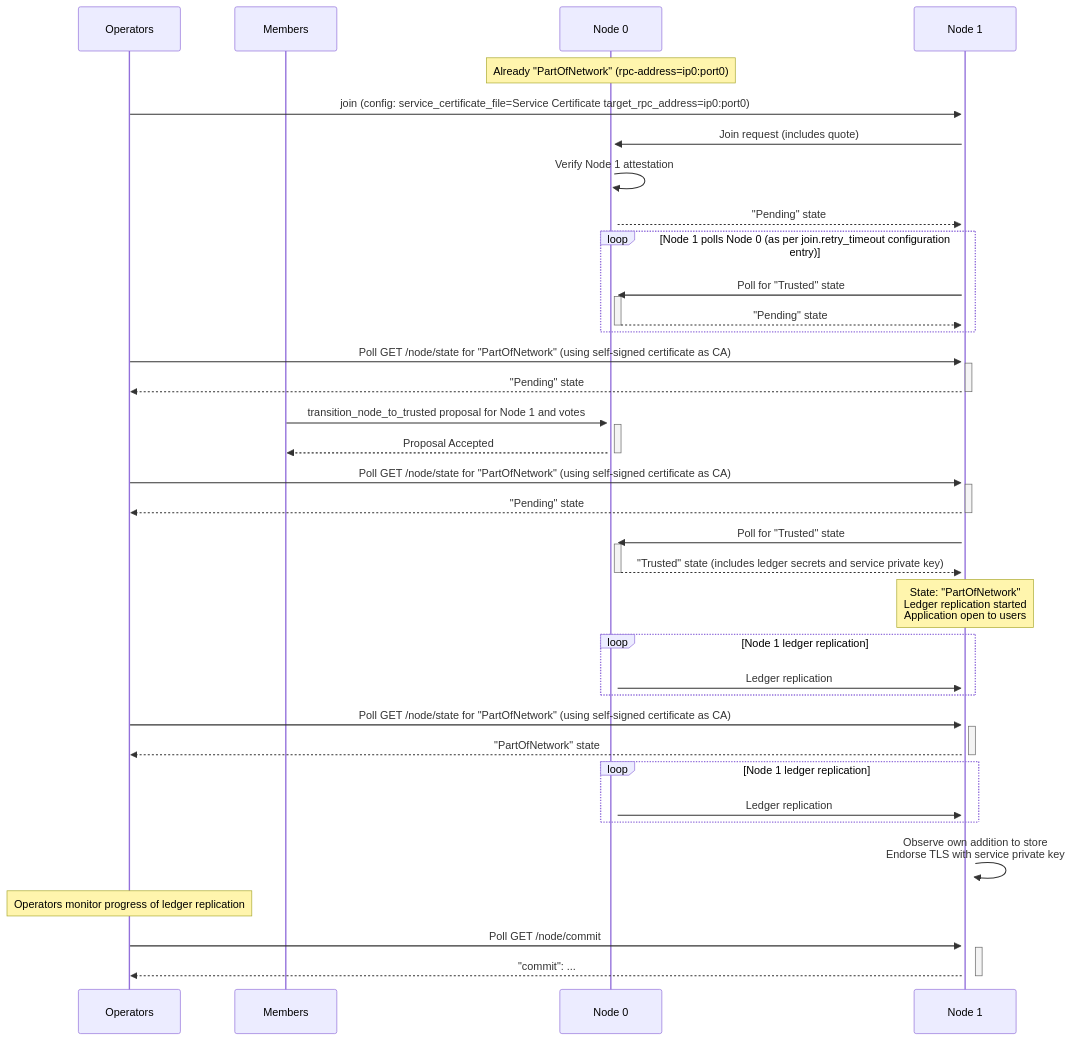
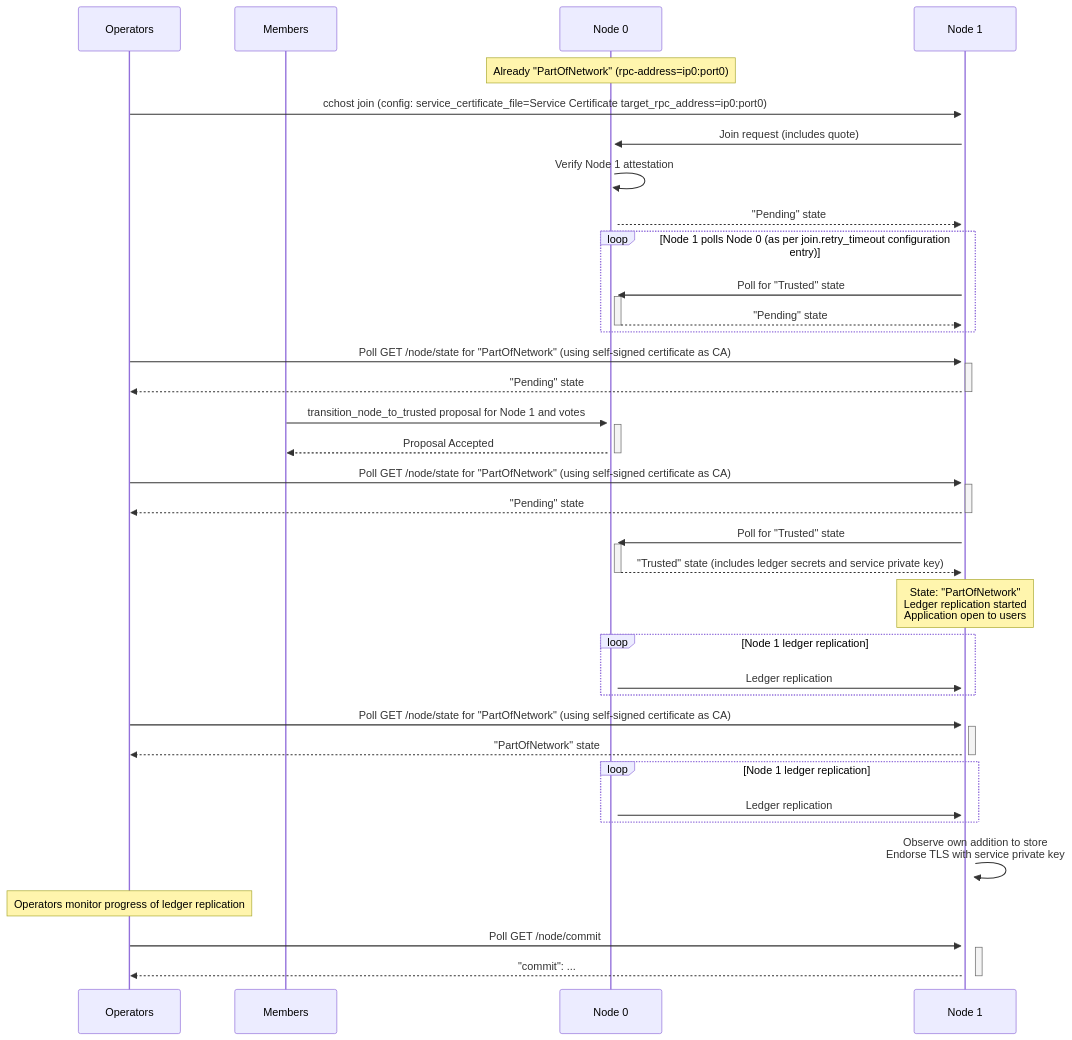
One commit to microsoft/CCF changed the third of 3 diagrams in doc/operations/start_network.rst. Above: the diagram before and after it, drawn with Mermaid. The commit also changed other lines of this file and 1386 other files, not shown here.

```diff
--- a/doc/operations/start_network.rst
+++ b/doc/operations/start_network.rst
@@ -69,51 +69,51 @@
 .. mermaid::
 
     sequenceDiagram
         participant Operators
         participant Members
         participant Node 0
         participant Node 1
 
         Note over Node 0: Already "PartOfNetwork" (rpc-address=ip0:port0)
 
-        Operators->>+Node 1: join (config: service_certificate_file=Service Certificate target_rpc_address=ip0:port0)
+        Operators->>+Node 1: cchost join (config: service_certificate_file=Service Certificate target_rpc_address=ip0:port0)
 
         Node 1->>+Node 0: Join request (includes quote)
         Node 0->>+Node 0: Verify Node 1 attestation
         Node 0-->>Node 1: "Pending" state
 
         loop Node 1 polls Node 0 (as per join.retry_timeout configuration entry)
             Node 1->>+Node 0: Poll for "Trusted" state
             Node 0-->>-Node 1: "Pending" state
         end
 
         Operators->>+Node 1: Poll GET /node/state for "PartOfNetwork" (using self-signed certificate as CA)
         Node 1-->>-Operators: "Pending" state
 
         Members->>+Node 0: transition_node_to_trusted proposal for Node 1 and votes
         Node 0-->>-Members: Proposal Accepted
 
         Operators->>+Node 1: Poll GET /node/state for "PartOfNetwork" (using self-signed certificate as CA)
         Node 1-->>-Operators: "Pending" state
 
         Node 1->>+Node 0: Poll for "Trusted" state
         Node 0-->>-Node 1: "Trusted" state (includes ledger secrets and service private key)
 
         Note over Node 1: State: "PartOfNetwork" <br/> Ledger replication started <br/> Application open to users
 
         loop Node 1 ledger replication
             Node 0->>+Node 1: Ledger replication
         end
 
         Operators->>+Node 1: Poll GET /node/state for "PartOfNetwork" (using self-signed certificate as CA)
         Node 1-->>-Operators: "PartOfNetwork" state
 
         loop Node 1 ledger replication
             Node 0->>+Node 1: Ledger replication
         end
 
         Node 1->>+Node 1: Observe own addition to store <br> Endorse TLS with service private key
 
         Note over Operators: Operators monitor progress of ledger replication
         Operators->>+Node 1: Poll GET /node/commit
         Node 1-->>-Operators: "commit": ...
```
